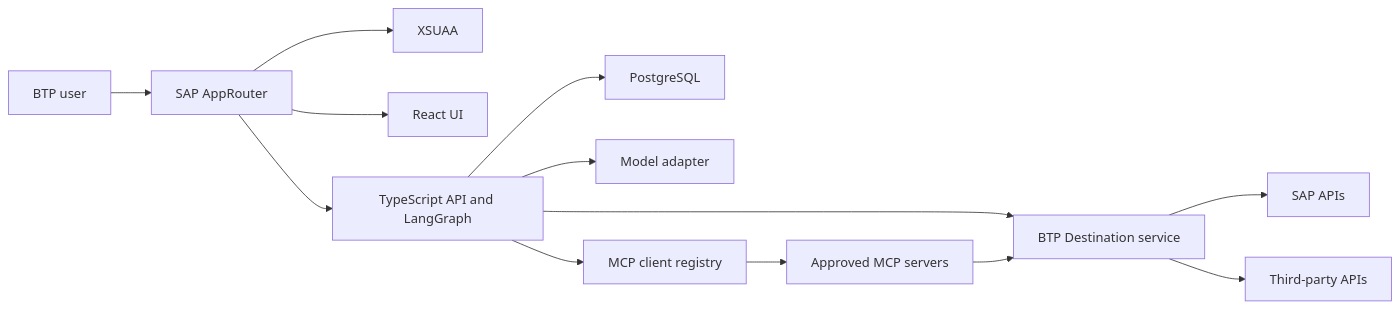
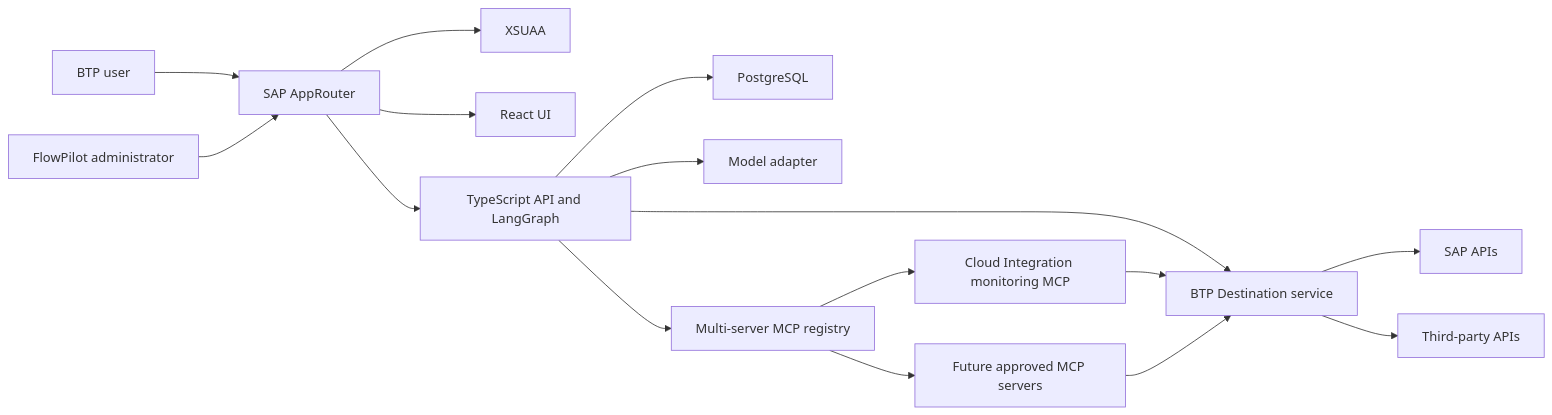
One commit to iMsaurabh333/FlowPilot changed the diagram in docs/architecture.md. Above: the diagram before and after it, drawn with Mermaid. The commit also changed other lines of this file and 39 other files, not shown here.

Commit message:
feat: add multi-server MCP registry and deploy 0.1.6

````diff
--- a/docs/architecture.md
+++ b/docs/architecture.md
@@ -5,15 +5,18 @@
 ```mermaid
 flowchart LR
   User["BTP user"] --> Router["SAP AppRouter"]
+  Admin["FlowPilot administrator"] --> Router
   Router --> XSUAA["XSUAA"]
   Router --> UI["React UI"]
   Router --> API["TypeScript API and LangGraph"]
   API --> Postgres["PostgreSQL"]
   API --> Models["Model adapter"]
-  API --> Registry["MCP client registry"]
+  API --> Registry["Multi-server MCP registry"]
   API --> Destination["BTP Destination service"]
-  Registry --> MCP["Approved MCP servers"]
-  MCP --> Destination
+  Registry --> MCP1["Cloud Integration monitoring MCP"]
+  Registry --> MCP2["Future approved MCP servers"]
+  MCP1 --> Destination
+  MCP2 --> Destination
   Destination --> SAP["SAP APIs"]
   Destination --> External["Third-party APIs"]
 ```
````
